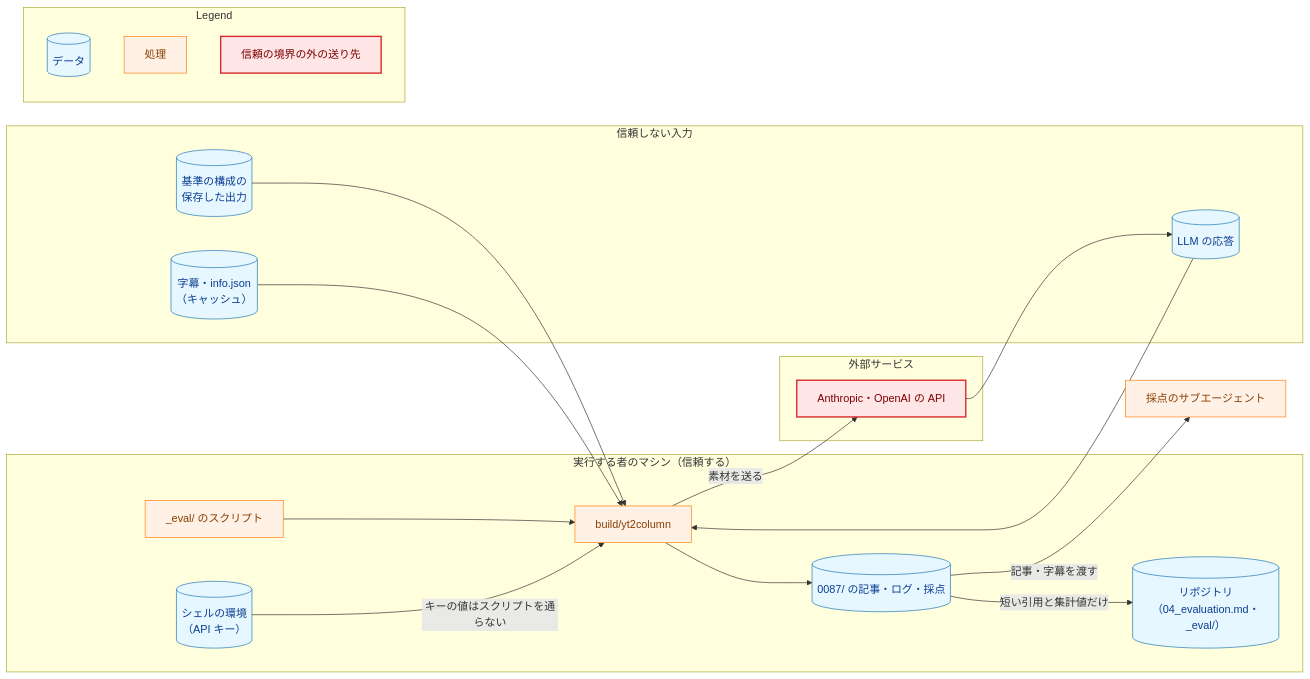
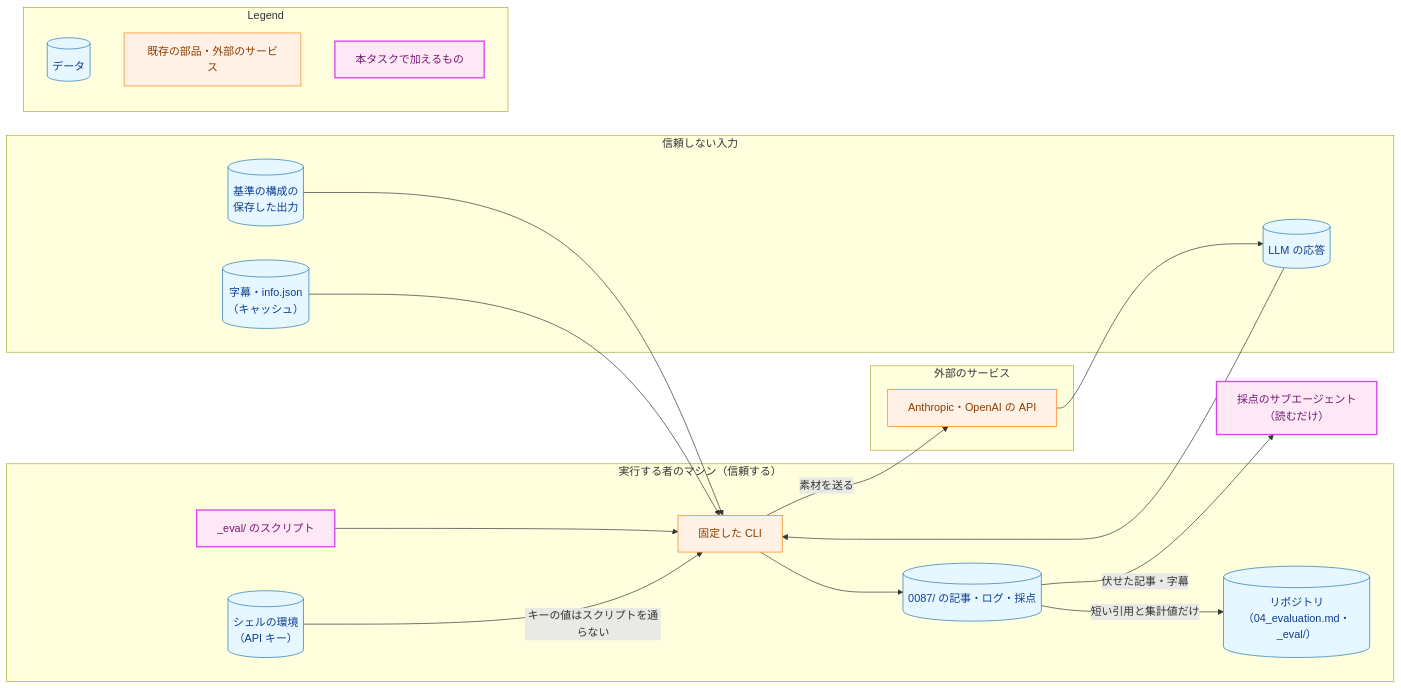
One commit to isseis/yt2column changed the fifth of 6 diagrams in docs/tasks/0087_openai_combination_eval/02_architecture.md. Above: the diagram before and after it, drawn with Mermaid. The commit also changed other lines of this file, not shown here.

First line of the commit message:
docs(0087): address the architecture review and the prose pass

````diff
--- a/docs/tasks/0087_openai_combination_eval/02_architecture.md
+++ b/docs/tasks/0087_openai_combination_eval/02_architecture.md
@@ -449,47 +539,47 @@
 ```mermaid
 flowchart LR
     classDef data fill:#e6f7ff,stroke:#1f77b4,stroke-width:1px,color:#0b3d91;
     classDef process fill:#fff1e6,stroke:#ff7f0e,stroke-width:1px,color:#8a3e00;
-    classDef problem fill:#ffe6e6,stroke:#d62728,stroke-width:2px,color:#7b0000;
+    classDef newpkg fill:#ffe8f5,stroke:#d946ef,stroke-width:2px,color:#701a75;
 
     subgraph Local["実行する者のマシン（信頼する）"]
         ENV[("シェルの環境<br>（API キー）")]
         RUN["_eval/ のスクリプト"]
-        CLI["build/yt2column"]
+        CLI["固定した CLI"]
         FILES[("0087/ の記事・ログ・採点")]
         REPO[("リポジトリ<br>（04_evaluation.md・_eval/）")]
     end
     subgraph Untrusted["信頼しない入力"]
         TR[("字幕・info.json<br>（キャッシュ）")]
         B3[("基準の構成の<br>保存した出力")]
         RESP[("LLM の応答")]
     end
-    subgraph External["外部サービス"]
+    subgraph External["外部のサービス"]
         API["Anthropic・OpenAI の API"]
     end
-    SCORER["採点のサブエージェント"]
+    SCORER["採点のサブエージェント<br>（読むだけ）"]
 
     ENV -->|"キーの値はスクリプトを通らない"| CLI
     RUN --> CLI
     TR --> CLI
     B3 --> CLI
     CLI -->|"素材を送る"| API
     API --> RESP
     RESP --> CLI
     CLI --> FILES
-    FILES -->|"記事・字幕を渡す"| SCORER
+    FILES -->|"伏せた記事・字幕"| SCORER
     FILES -->|"短い引用と集計値だけ"| REPO
 
     class ENV,FILES,REPO,TR,B3,RESP data
-    class RUN,CLI,SCORER process
-    class API problem
+    class CLI,API process
+    class RUN,SCORER newpkg
 
     subgraph Legend["Legend"]
         L1[("データ")]
-        L2["処理"]
-        L3["信頼の境界の外の送り先"]
+        L2["既存の部品・外部のサービス"]
+        L3["本タスクで加えるもの"]
     end
     class L1 data
     class L2 process
-    class L3 problem
+    class L3 newpkg
 ```
````
